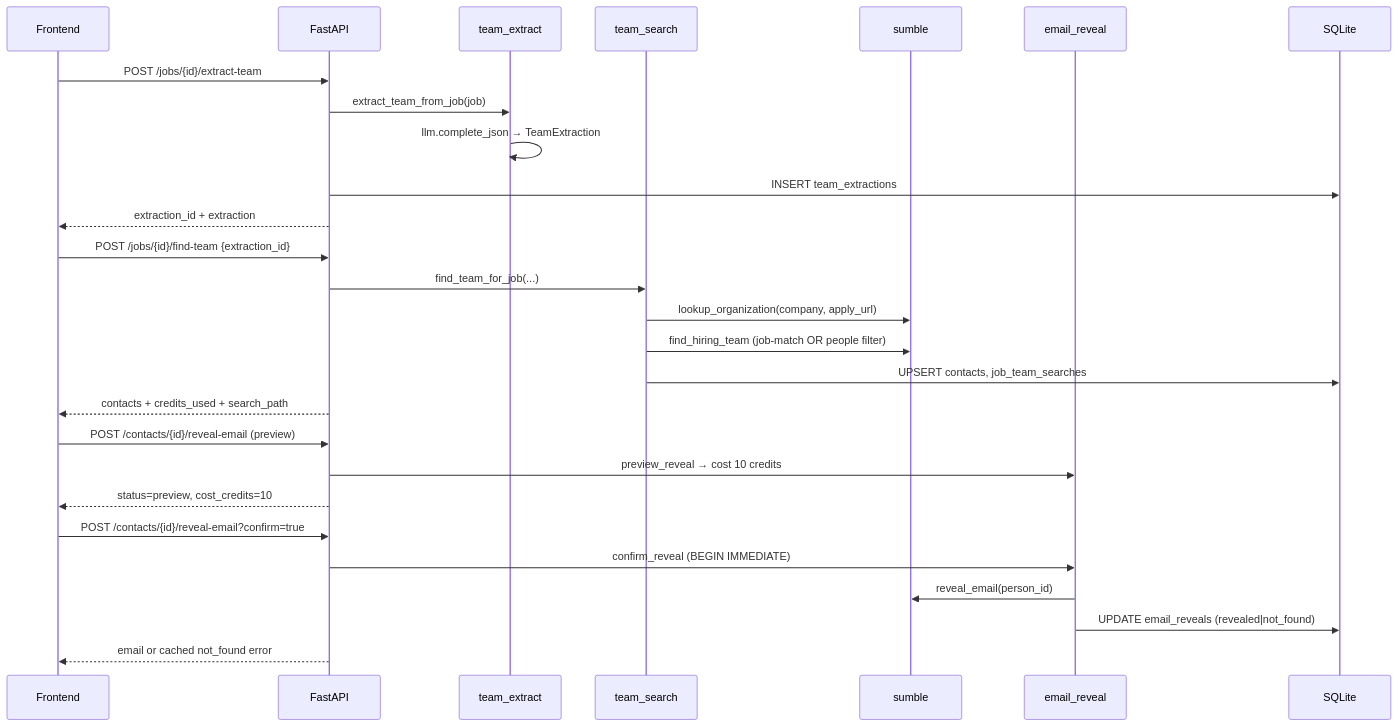
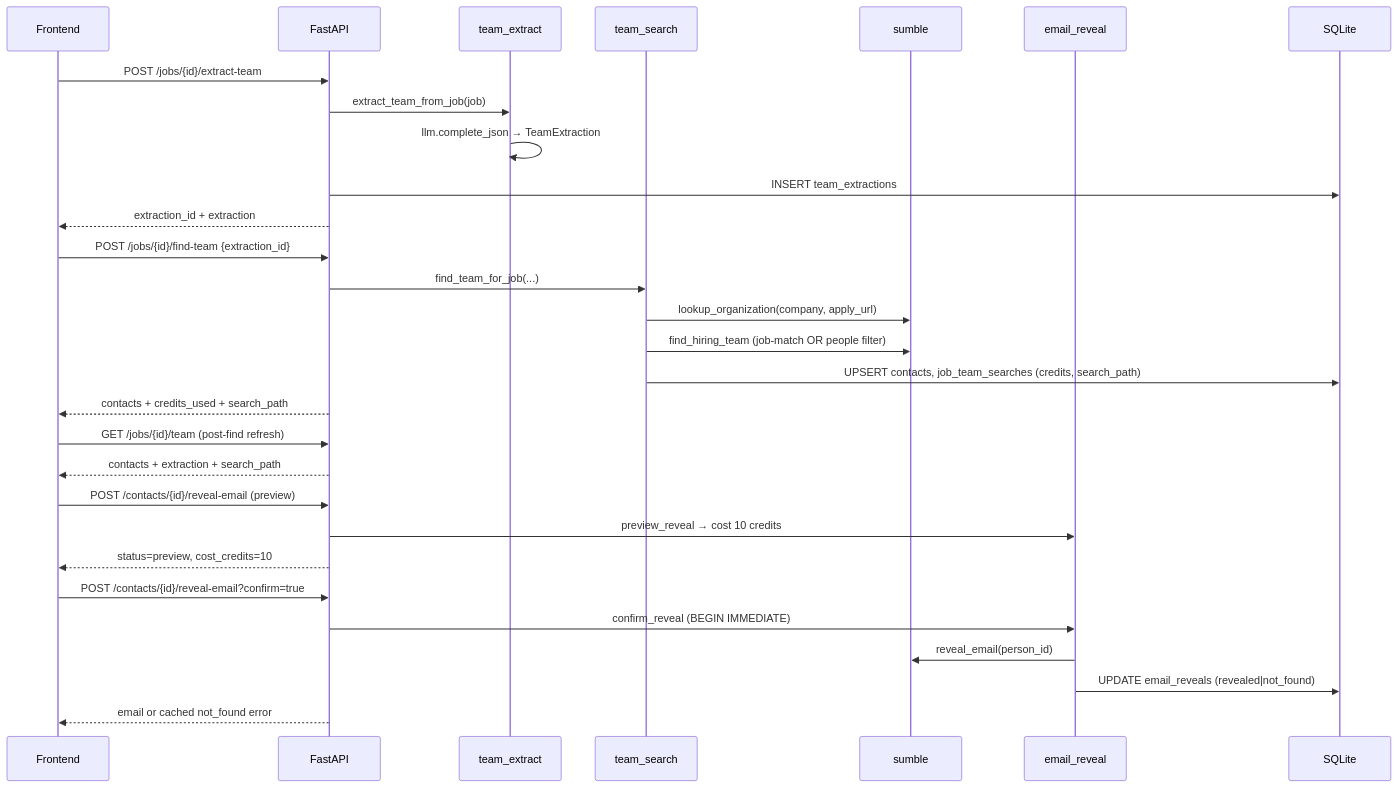
One commit to kanavgoyal781/teamscout changed the second of 2 diagrams in CODEBASE.md. Above: the diagram before and after it, drawn with Mermaid. The commit also changed other lines of this file and 102 other files, not shown here.

````diff
--- a/CODEBASE.md
+++ b/CODEBASE.md
@@ -466,33 +527,36 @@
 ```mermaid
 sequenceDiagram
     participant UI as Frontend
     participant API as FastAPI
     participant TE as team_extract
     participant TS as team_search
     participant SB as sumble
     participant ER as email_reveal
     participant DB as SQLite
 
     UI->>API: POST /jobs/{id}/extract-team
     API->>TE: extract_team_from_job(job)
     TE->>TE: llm.complete_json → TeamExtraction
     API->>DB: INSERT team_extractions
     API-->>UI: extraction_id + extraction
 
     UI->>API: POST /jobs/{id}/find-team {extraction_id}
     API->>TS: find_team_for_job(...)
     TS->>SB: lookup_organization(company, apply_url)
     TS->>SB: find_hiring_team (job-match OR people filter)
-    TS->>DB: UPSERT contacts, job_team_searches
+    TS->>DB: UPSERT contacts, job_team_searches (credits, search_path)
     API-->>UI: contacts + credits_used + search_path
+
+    UI->>API: GET /jobs/{id}/team (post-find refresh)
+    API-->>UI: contacts + extraction + search_path
 
     UI->>API: POST /contacts/{id}/reveal-email (preview)
     API->>ER: preview_reveal → cost 10 credits
     API-->>UI: status=preview, cost_credits=10
 
     UI->>API: POST /contacts/{id}/reveal-email?confirm=true
     API->>ER: confirm_reveal (BEGIN IMMEDIATE)
     ER->>SB: reveal_email(person_id)
     ER->>DB: UPDATE email_reveals (revealed|not_found)
     API-->>UI: email or cached not_found error
 ```
````
